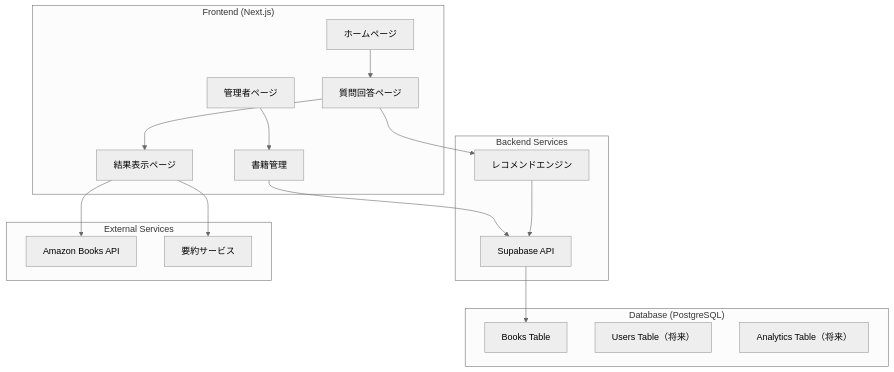
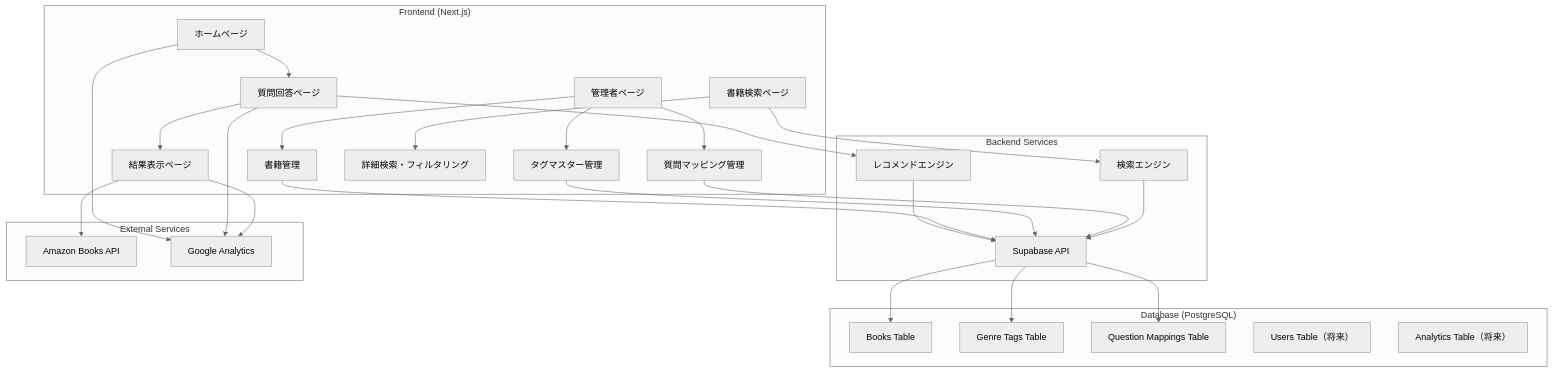
Before and after one commit to atsushimemet/ichidan-dokusho-rec: the first of 5 diagrams in docs/architecture.md, drawn with Mermaid (neutral theme). The commit also changed other lines of this file, not shown here.

First line of the commit message:
Update architecture documentation with current system state (2025/09/03)

````diff
--- a/docs/architecture.md
+++ b/docs/architecture.md
@@ -11,31 +13,45 @@
 ```mermaid
 graph TB
     subgraph "Frontend (Next.js)"
         A[ホームページ] --> B[質問回答ページ]
         B --> C[結果表示ページ]
         D[管理者ページ] --> E[書籍管理]
+        D --> F[タグマスター管理]
+        D --> G[質問マッピング管理]
+        H[書籍検索ページ] --> I[詳細検索・フィルタリング]
     end
     
     subgraph "Backend Services"
-        F[レコメンドエンジン]
-        G[Supabase API]
+        J[レコメンドエンジン]
+        K[検索エンジン]
+        L[Supabase API]
     end
     
     subgraph "Database (PostgreSQL)"
-        H[Books Table]
-        I[Users Table（将来）]
-        J[Analytics Table（将来）]
+        M[Books Table]
+        N[Genre Tags Table]
+        O[Question Mappings Table]
+        P[Users Table（将来）]
+        Q[Analytics Table（将来）]
     end
     
     subgraph "External Services"
-        K[Amazon Books API]
-        L[要約サービス]
+        R[Amazon Books API]
+        S[Google Analytics]
     end
     
-    B --> F
-    F --> G
-    G --> H
-    C --> K
-    C --> L
-    E --> G
+    B --> J
+    J --> L
+    L --> M
+    L --> N
+    L --> O
+    C --> R
+    E --> L
+    F --> L
+    G --> L
+    H --> K
+    K --> L
+    A --> S
+    B --> S
+    C --> S
 ```
````
